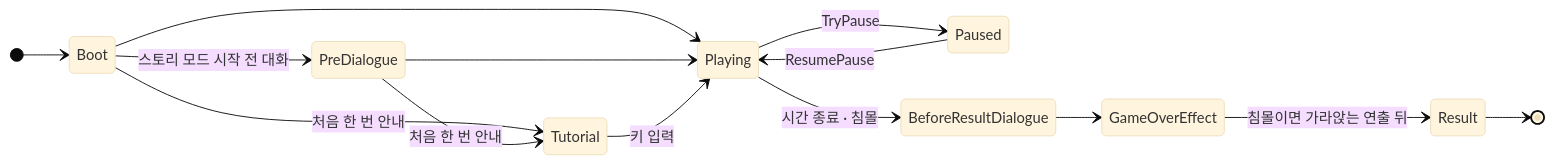
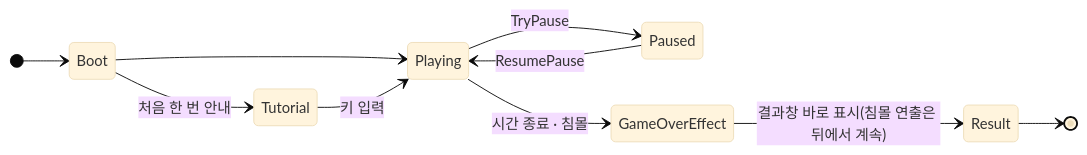
Before and after one commit to ashadeveloperr/ashadeveloperr.github.io: the third of 3 diagrams in src/2-project-babel/기술문서.md, drawn with Mermaid (base theme). The commit also changed other lines of this file and 1 other file, not shown here.

Commit message:
SAIL OR SUNK 상태 다이어그램 최신 코드 기준으로

````diff
--- a/src/2-project-babel/기술문서.md
+++ b/src/2-project-babel/기술문서.md
@@ -136,20 +136,16 @@
 ```mermaid
 stateDiagram-v2
   direction LR
-  %% StageFlowController.cs 80~122
+  %% StageFlowController.cs 74~105
   [*] --> Boot
-  Boot --> PreDialogue : 스토리 모드 시작 전 대화
   Boot --> Tutorial : 처음 한 번 안내
-  PreDialogue --> Tutorial : 처음 한 번 안내
   Boot --> Playing
-  PreDialogue --> Playing
   Tutorial --> Playing : 키 입력
-  %% StageFlowController.cs 57~78
+  %% StageFlowController.cs 51~72
   Playing --> Paused : TryPause
   Paused --> Playing : ResumePause
-  %% GameManager.cs 158, 373 · StageFlowController.cs 124~156
-  Playing --> BeforeResultDialogue : 시간 종료 · 침몰
-  BeforeResultDialogue --> GameOverEffect
-  GameOverEffect --> Result : 침몰이면 가라앉는 연출 뒤
+  %% GameManager.cs 158, 373 · StageFlowController.cs 107~126
+  Playing --> GameOverEffect : 시간 종료 · 침몰
+  GameOverEffect --> Result : 결과창 바로 표시(침몰 연출은 뒤에서 계속)
   Result --> [*]
 ```
````
